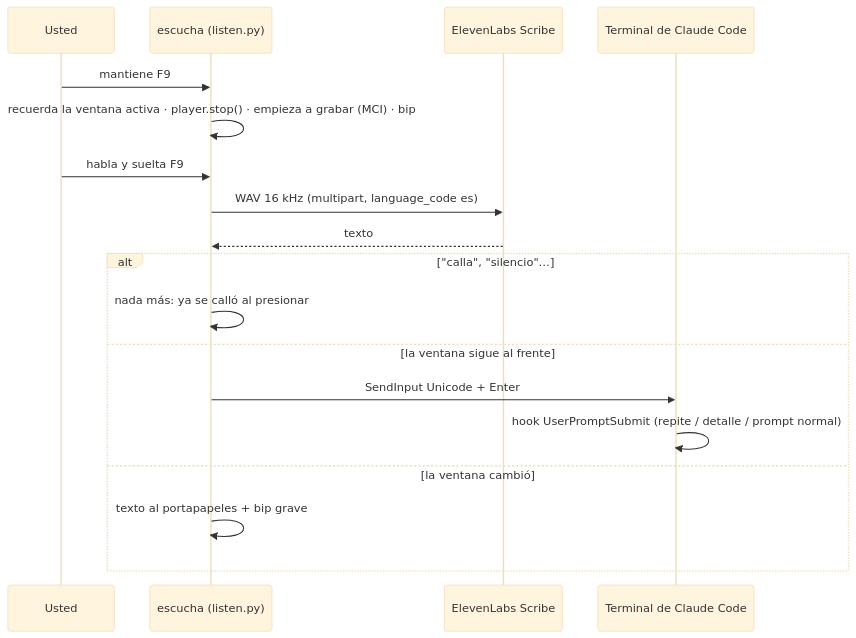
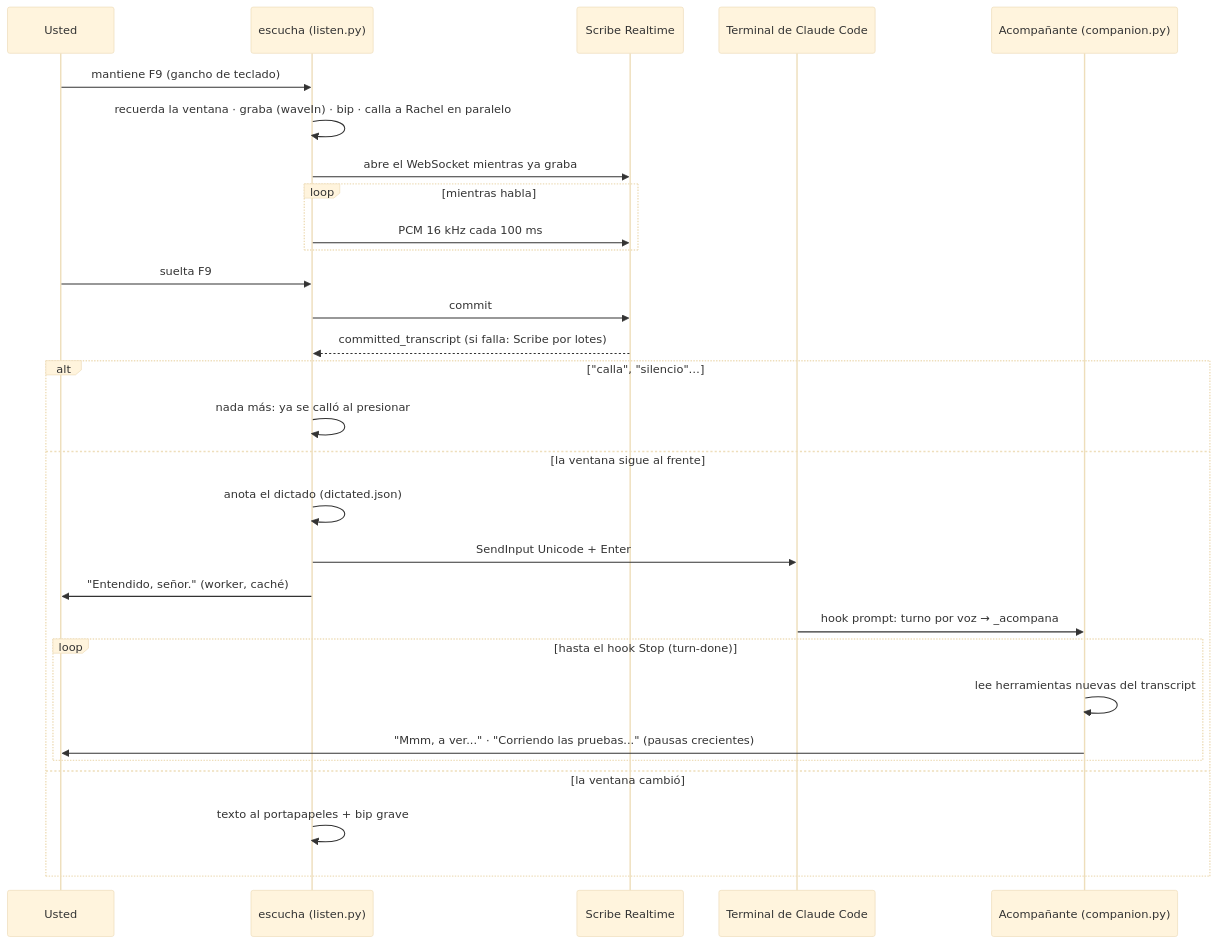
One commit to dfrobledo/TalkToMe changed diagram 14 of 14 in docs/ARQUITECTURA.md. Above: the diagram before and after it, drawn with Mermaid (base theme). The commit also changed other lines of this file and 16 other files, not shown here.

First line of the commit message:
Dictado más rápido y Rachel acompaña mientras Claude piensa

````diff
--- a/docs/ARQUITECTURA.md
+++ b/docs/ARQUITECTURA.md
@@ -443,20 +448,31 @@
 ```mermaid
 sequenceDiagram
     participant U as Usted
     participant L as escucha (listen.py)
-    participant EL as ElevenLabs Scribe
+    participant EL as Scribe Realtime
     participant T as Terminal de Claude Code
-    U->>L: mantiene F9
-    L->>L: recuerda la ventana activa · player.stop() · empieza a grabar (MCI) · bip
-    U->>L: habla y suelta F9
-    L->>EL: WAV 16 kHz (multipart, language_code es)
-    EL-->>L: texto
+    participant C as Acompañante (companion.py)
+    U->>L: mantiene F9 (gancho de teclado)
+    L->>L: recuerda la ventana · graba (waveIn) · bip · calla a Rachel en paralelo
+    L->>EL: abre el WebSocket mientras ya graba
+    loop mientras habla
+        L->>EL: PCM 16 kHz cada 100 ms
+    end
+    U->>L: suelta F9
+    L->>EL: commit
+    EL-->>L: committed_transcript (si falla: Scribe por lotes)
     alt "calla", "silencio"…
         L->>L: nada más: ya se calló al presionar
     else la ventana sigue al frente
+        L->>L: anota el dictado (dictated.json)
         L->>T: SendInput Unicode + Enter
-        T->>T: hook UserPromptSubmit (repite / detalle / prompt normal)
+        L->>U: "Entendido, señor." (worker, caché)
+        T->>C: hook prompt: turno por voz → _acompana
+        loop hasta el hook Stop (turn-done)
+            C->>C: lee herramientas nuevas del transcript
+            C->>U: "Mmm, a ver..." · "Corriendo las pruebas..." (pausas crecientes)
+        end
     else la ventana cambió
         L->>L: texto al portapapeles + bip grave
     end
 ```
````
